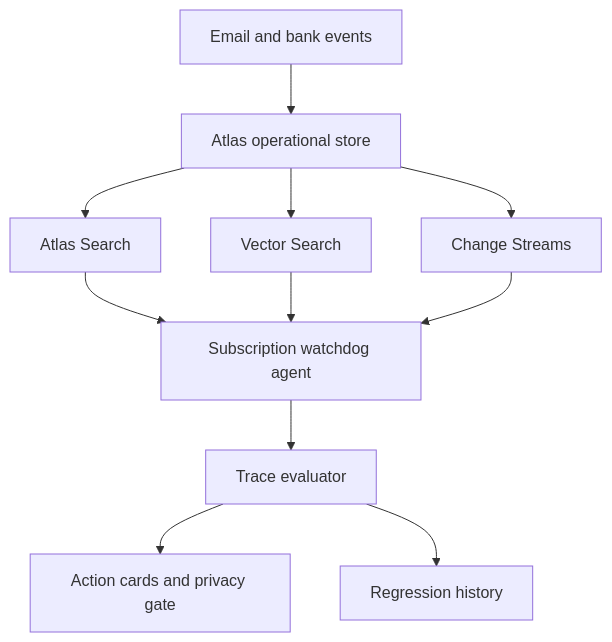
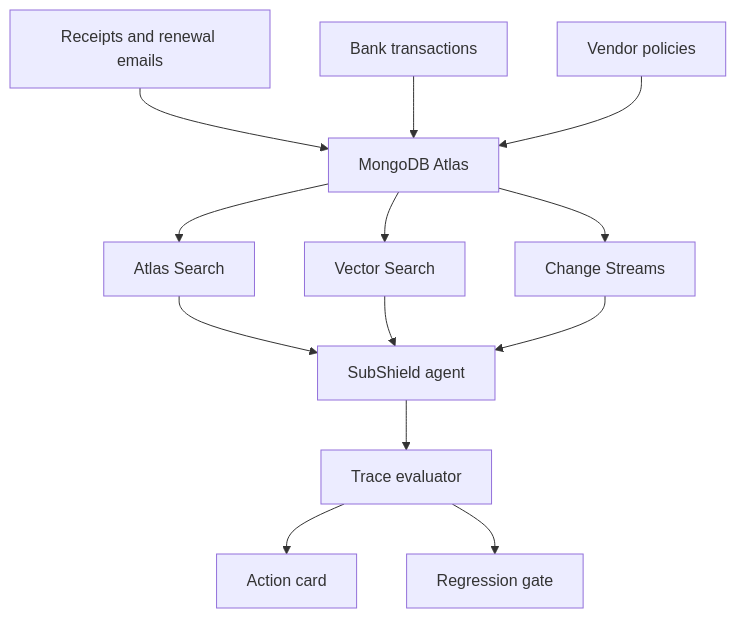
One commit to radhika-singh-10/ToolReliability changed the first of 3 diagrams in README.md. Above: the diagram before and after it, drawn with Mermaid. The commit also changed other lines of this file, not shown here.

Commit message:
docs: add hackathon diagrams steps and pitch

````diff
--- a/README.md
+++ b/README.md
@@ -33,13 +56,15 @@
 ```mermaid
 flowchart TD
-    A["Email and bank events"] --> B["Atlas operational store"]
-    B --> C["Atlas Search"]
-    B --> D["Vector Search"]
-    B --> E["Change Streams"]
-    C --> F["Subscription watchdog agent"]
-    D --> F
-    E --> F
-    F --> G["Trace evaluator"]
-    G --> H["Action cards and privacy gate"]
-    G --> I["Regression history"]
+    A["Receipts and renewal emails"] --> B["MongoDB Atlas"]
+    C["Bank transactions"] --> B
+    D["Vendor policies"] --> B
+    B --> E["Atlas Search"]
+    B --> F["Vector Search"]
+    B --> G["Change Streams"]
+    E --> H["SubShield agent"]
+    F --> H
+    G --> H
+    H --> I["Trace evaluator"]
+    I --> J["Action card"]
+    I --> K["Regression gate"]
 ```
````
